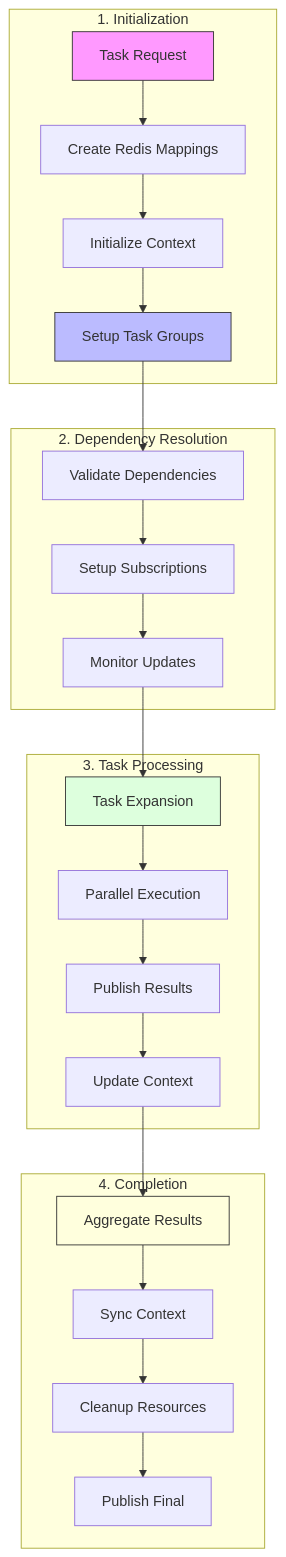
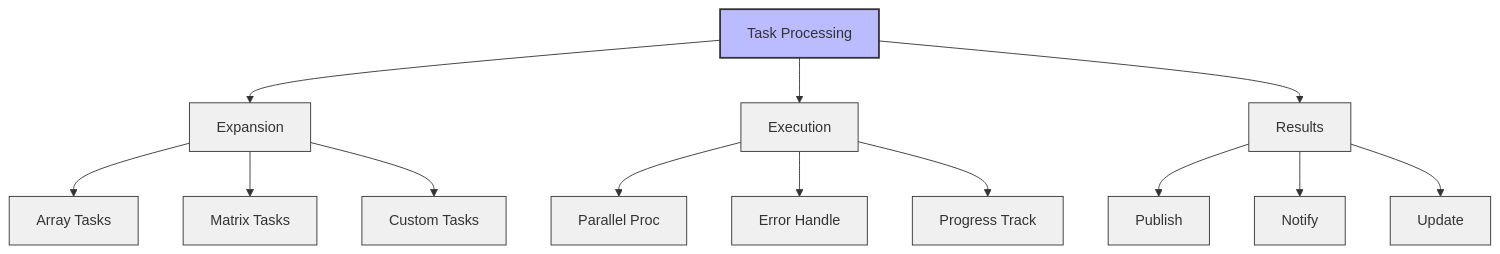
One commit to TheIntentNetwork/AgentWorkflowService changed the ninth of 11 diagrams in Documents/TaskProcessingSystem.md. Above: the diagram before and after it, drawn with Mermaid. The commit also changed other lines of this file and 72 other files, not shown here.

Commit message:
Updated to task_group with full distibution. Need to fix task expansion/array mapping.

````diff
--- a/Documents/TaskProcessingSystem.md
+++ b/Documents/TaskProcessingSystem.md
@@ -146,33 +620,22 @@
 ```mermaid
 graph TB
-    subgraph "1. Initialization"
-        A[Task Request] --> B[Create Redis Mappings]
-        B --> C[Initialize Context]
-        C --> D[Setup Task Groups]
-    end
+    A[Task Processing] --> B[Expansion]
+    A --> C[Execution]
+    A --> D[Results]
     
-    subgraph "2. Dependency Resolution"
-        D --> E[Validate Dependencies]
-        E --> F[Setup Subscriptions]
-        F --> G[Monitor Updates]
-    end
+    B --> B1[Array Tasks]
+    B --> B2[Matrix Tasks]
+    B --> B3[Custom Tasks]
     
-    subgraph "3. Task Processing"
-        G --> H[Task Expansion]
-        H --> I[Parallel Execution]
-        I --> J[Publish Results]
-        J --> K[Update Context]
-    end
+    C --> C1[Parallel Proc]
+    C --> C2[Error Handle]
+    C --> C3[Progress Track]
     
-    subgraph "4. Completion"
-        K --> L[Aggregate Results]
-        L --> M[Sync Context]
-        M --> N[Cleanup Resources]
-        N --> O[Publish Final]
-    end
+    D --> D1[Publish]
+    D --> D2[Notify]
+    D --> D3[Update]
     
-    style A fill:#f9f,stroke:#333
-    style D fill:#bbf,stroke:#333
-    style H fill:#dfd,stroke:#333
-    style L fill:#ffd,stroke:#333
+    classDef default fill:#f0f0f0,stroke:#333,stroke-width:1px
+    classDef phase fill:#bbf,stroke:#333,stroke-width:2px
+    class A phase
 ```
````
